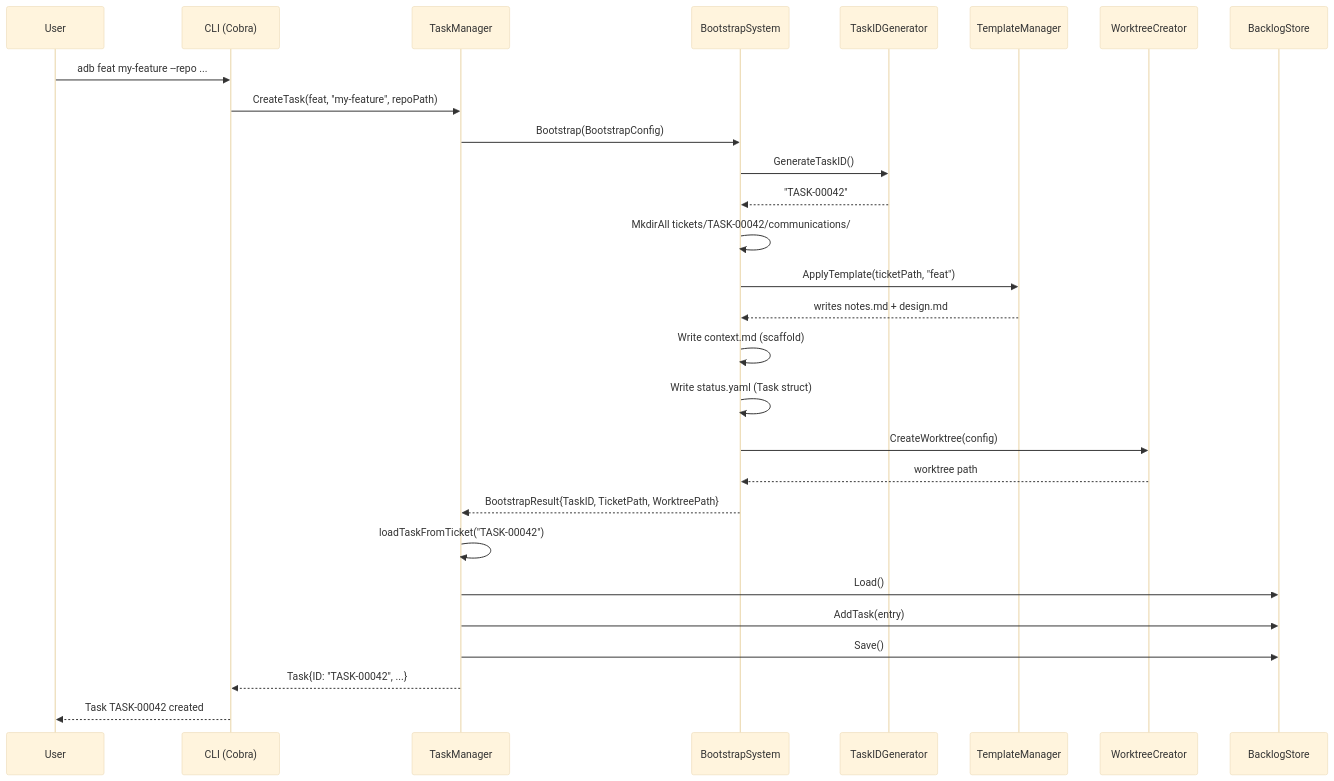
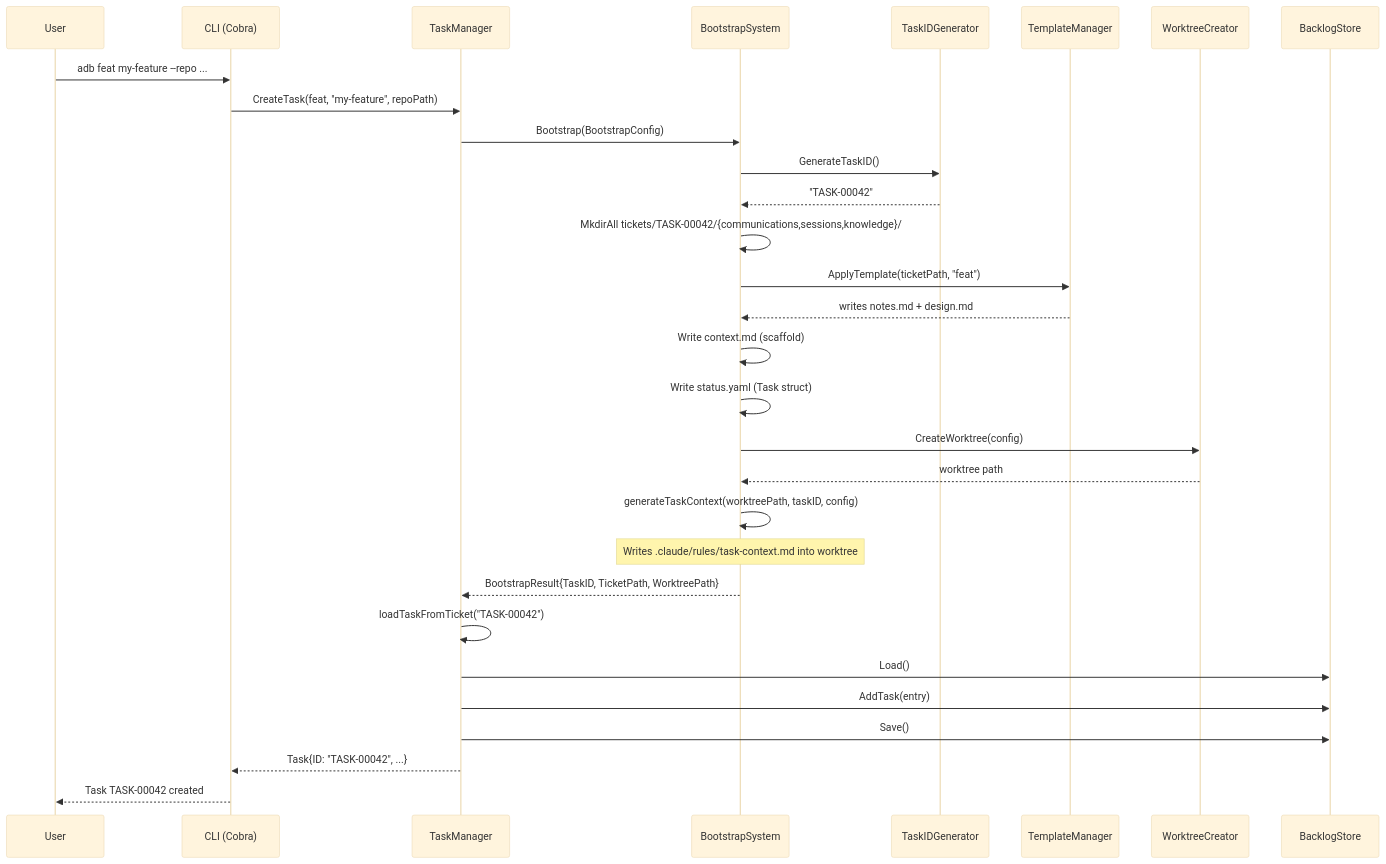
One commit to valter-silva-au/ai-dev-brain changed the fourth of 9 diagrams in docs/architecture.md. Above: the diagram before and after it, drawn with Mermaid (base theme). The commit also changed other lines of this file and 2 other files, not shown here.

First line of the commit message:
docs: update CLAUDE.md, architecture.md, and commands.md for observability

````diff
--- a/docs/architecture.md
+++ b/docs/architecture.md
@@ -252,38 +307,41 @@
 ```mermaid
 sequenceDiagram
     participant User
     participant CLI as CLI (Cobra)
     participant TM as TaskManager
     participant BS as BootstrapSystem
     participant IDG as TaskIDGenerator
     participant TMPL as TemplateManager
     participant WT as WorktreeCreator
     participant BL as BacklogStore
 
     User->>CLI: adb feat my-feature --repo ...
     CLI->>TM: CreateTask(feat, "my-feature", repoPath)
     TM->>BS: Bootstrap(BootstrapConfig)
 
     BS->>IDG: GenerateTaskID()
     IDG-->>BS: "TASK-00042"
 
-    BS->>BS: MkdirAll tickets/TASK-00042/communications/
+    BS->>BS: MkdirAll tickets/TASK-00042/{communications,sessions,knowledge}/
 
     BS->>TMPL: ApplyTemplate(ticketPath, "feat")
     TMPL-->>BS: writes notes.md + design.md
 
     BS->>BS: Write context.md (scaffold)
     BS->>BS: Write status.yaml (Task struct)
 
     BS->>WT: CreateWorktree(config)
     WT-->>BS: worktree path
 
+    BS->>BS: generateTaskContext(worktreePath, taskID, config)
+    Note over BS: Writes .claude/rules/task-context.md into worktree
+
     BS-->>TM: BootstrapResult{TaskID, TicketPath, WorktreePath}
 
     TM->>TM: loadTaskFromTicket("TASK-00042")
     TM->>BL: Load()
     TM->>BL: AddTask(entry)
     TM->>BL: Save()
     TM-->>CLI: Task{ID: "TASK-00042", ...}
     CLI-->>User: Task TASK-00042 created
 ```
````
